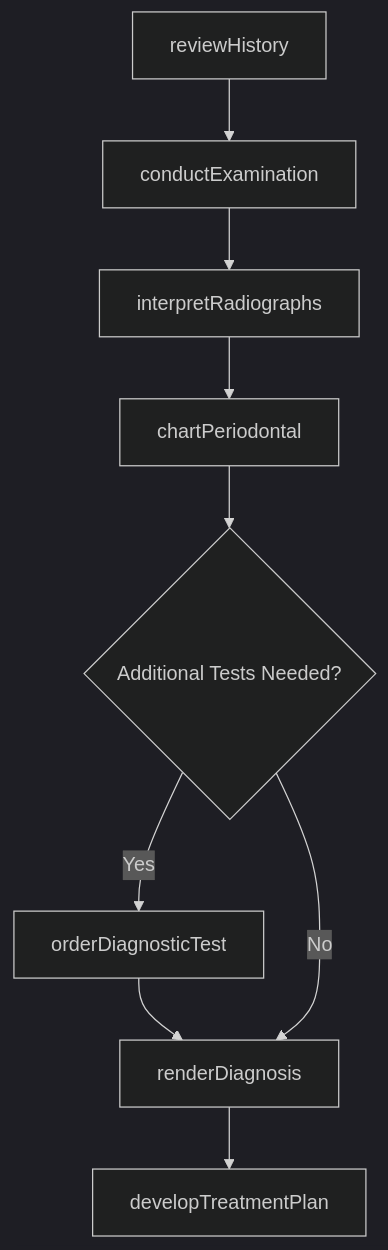
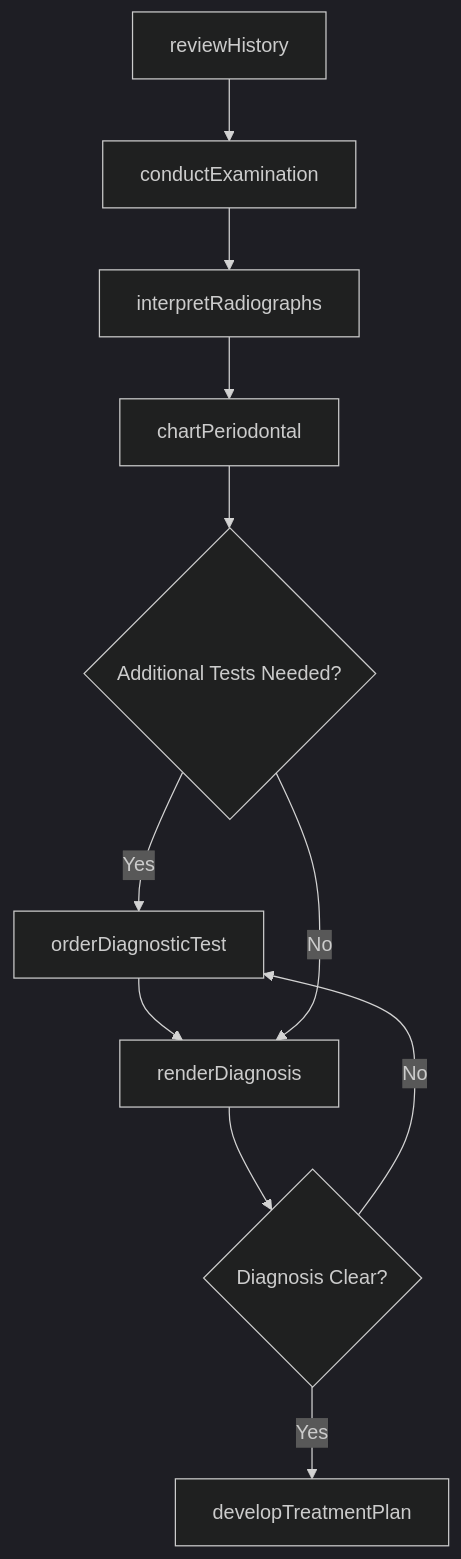
One commit to dot-org-ai/tasks.org.ai changed the third of 4 diagrams in MakingDecisionsAndSolvingProblems/DiagnoseHealthConditionsOrDisorders/DiagnoseDentalConditions.mdx. Above: the diagram before and after it, drawn with Mermaid (dark theme). The commit also changed other lines of this file and 266 other files, not shown here.

First line of the commit message:
feat: Add ER diagrams, state diagrams to wave 2 batch (251 DWA files)

````diff
--- a/MakingDecisionsAndSolvingProblems/DiagnoseHealthConditionsOrDisorders/DiagnoseDentalConditions.mdx
+++ b/MakingDecisionsAndSolvingProblems/DiagnoseHealthConditionsOrDisorders/DiagnoseDentalConditions.mdx
@@ -86,11 +114,13 @@
 ```mermaid
 graph TD
     A[reviewHistory] --> B[conductExamination]
     B --> C[interpretRadiographs]
     C --> D[chartPeriodontal]
     D --> E{Additional Tests Needed?}
     E -->|Yes| F[orderDiagnosticTest]
     F --> G[renderDiagnosis]
     E -->|No| G
-    G --> H[developTreatmentPlan]
+    G --> H{Diagnosis Clear?}
+    H -->|No| F
+    H -->|Yes| I[developTreatmentPlan]
 ```
````
